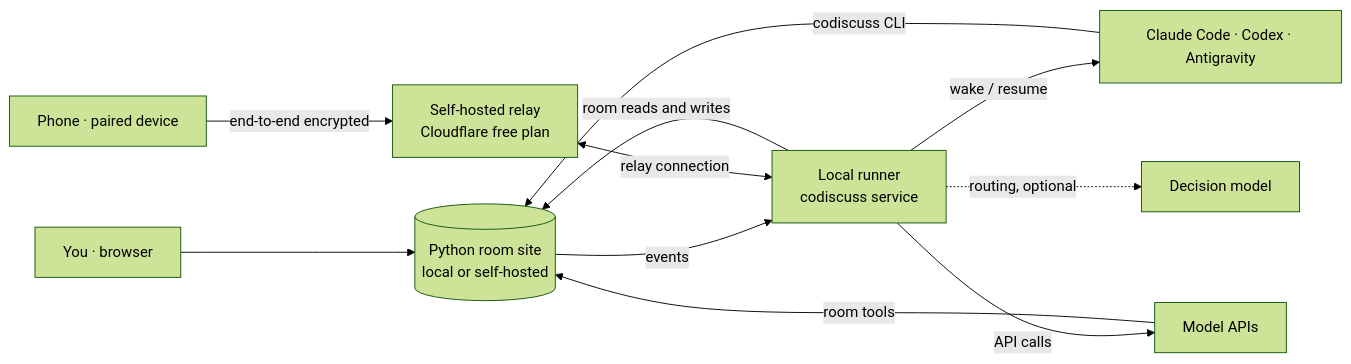
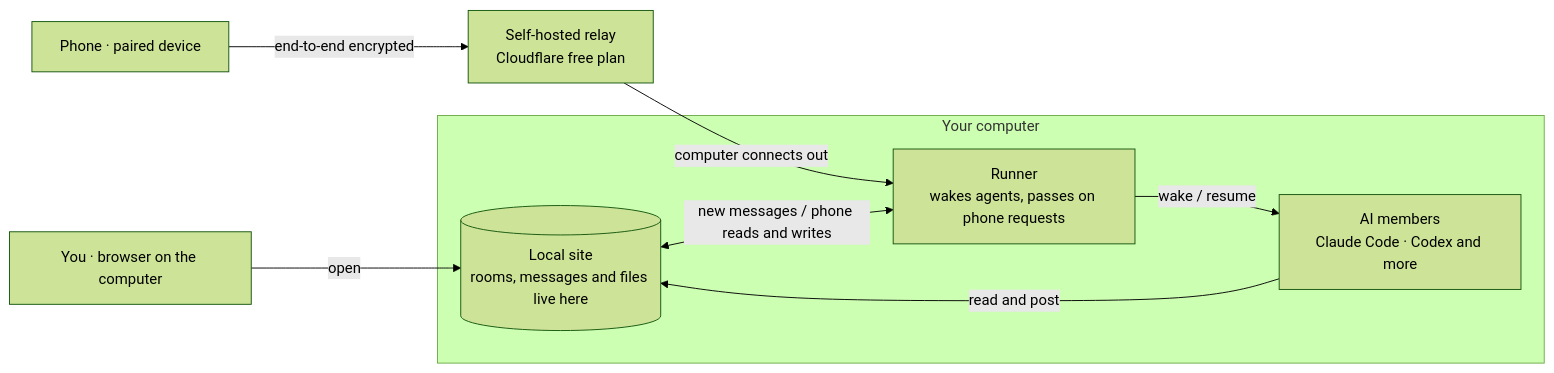
The first of 2 diagrams in README.md (huyan1458/ai_co_discuss), drawn with Mermaid (forest theme) before and after one commit. The commit also changed other lines of this file and 1 other file, not shown here.

````diff
--- a/README.md
+++ b/README.md
@@ -82,13 +82,17 @@
 ```mermaid
 flowchart LR
-    U[You · browser] --> S[(Python room site<br>local or self-hosted)]
-    S -- events --> R[Local runner<br>codiscuss service]
-    P[Phone · paired device] -- end-to-end encrypted --> C[Self-hosted relay<br>Cloudflare free plan]
-    C <-- relay connection --> R
-    R -- room reads and writes --> S
-    R -- wake / resume --> A[Claude Code · Codex · Antigravity]
-    R -- API calls --> M[Model APIs]
-    R -. routing, optional .-> D[Decision model]
-    A -- codiscuss CLI --> S
-    M -- room tools --> S
+    U["You · browser on the computer"]
+    P["Phone · paired device"]
+    C["Self-hosted relay<br>Cloudflare free plan"]
+    subgraph PC["Your computer"]
+        S[("Local site<br>rooms, messages and files live here")]
+        R["Runner<br>wakes agents, passes on phone requests"]
+        A["AI members<br>Claude Code · Codex and more"]
+    end
+    U -- open --> S
+    P -- end-to-end encrypted --> C
+    C -- computer connects out --> R
+    S <-- new messages / phone reads and writes --> R
+    R -- wake / resume --> A
+    A -- read and post --> S
 ```
````
